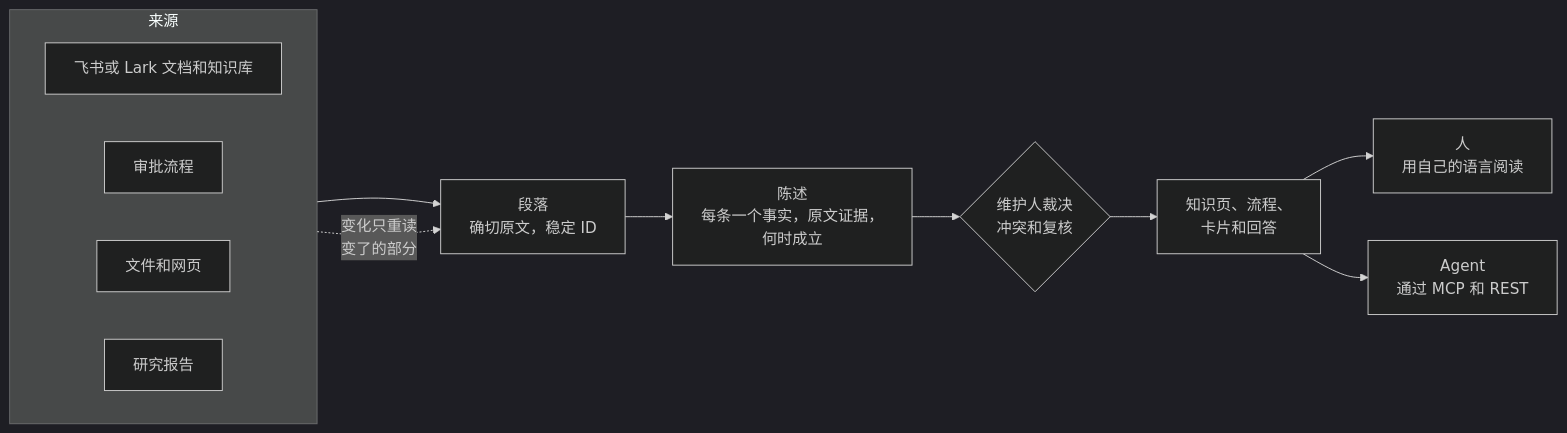
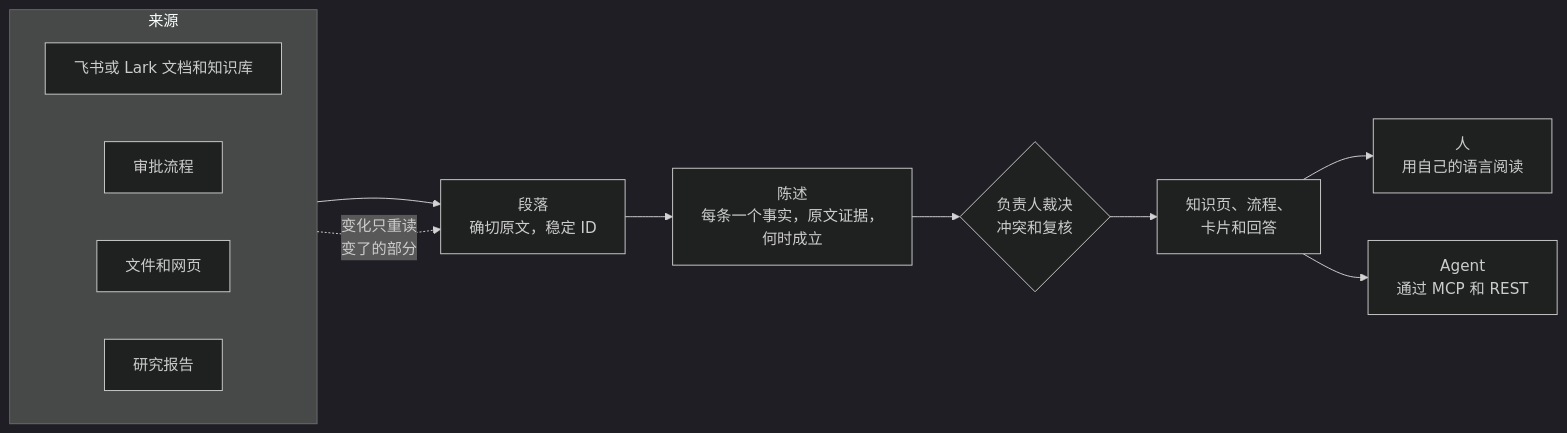
The first of 9 diagrams in docs/zh/overview.md (AngelMsger/Inspiration), drawn with Mermaid (dark theme) before and after one commit. The commit also changed other lines of this file and 24 other files, not shown here.

````diff
--- a/docs/zh/overview.md
+++ b/docs/zh/overview.md
@@ -19,17 +19,17 @@
 ```mermaid
 flowchart LR
   subgraph S[来源]
     direction LR
     s1[飞书或 Lark 文档和知识库]
     s2[审批流程]
     s3[文件和网页]
     s4[研究报告]
   end
   S --> P["段落<br/>确切原文，稳定 ID"]
   P --> T["陈述<br/>每条一个事实，原文证据，<br/>何时成立"]
-  T --> G{"维护人裁决<br/>冲突和复核"}
+  T --> G{"负责人裁决<br/>冲突和复核"}
   G --> K["知识页、流程、<br/>卡片和回答"]
   K --> H["人<br/>用自己的语言阅读"]
   K --> A["Agent<br/>通过 MCP 和 REST"]
   S -. "变化只重读<br/>变了的部分" .-> P
 ```
````
